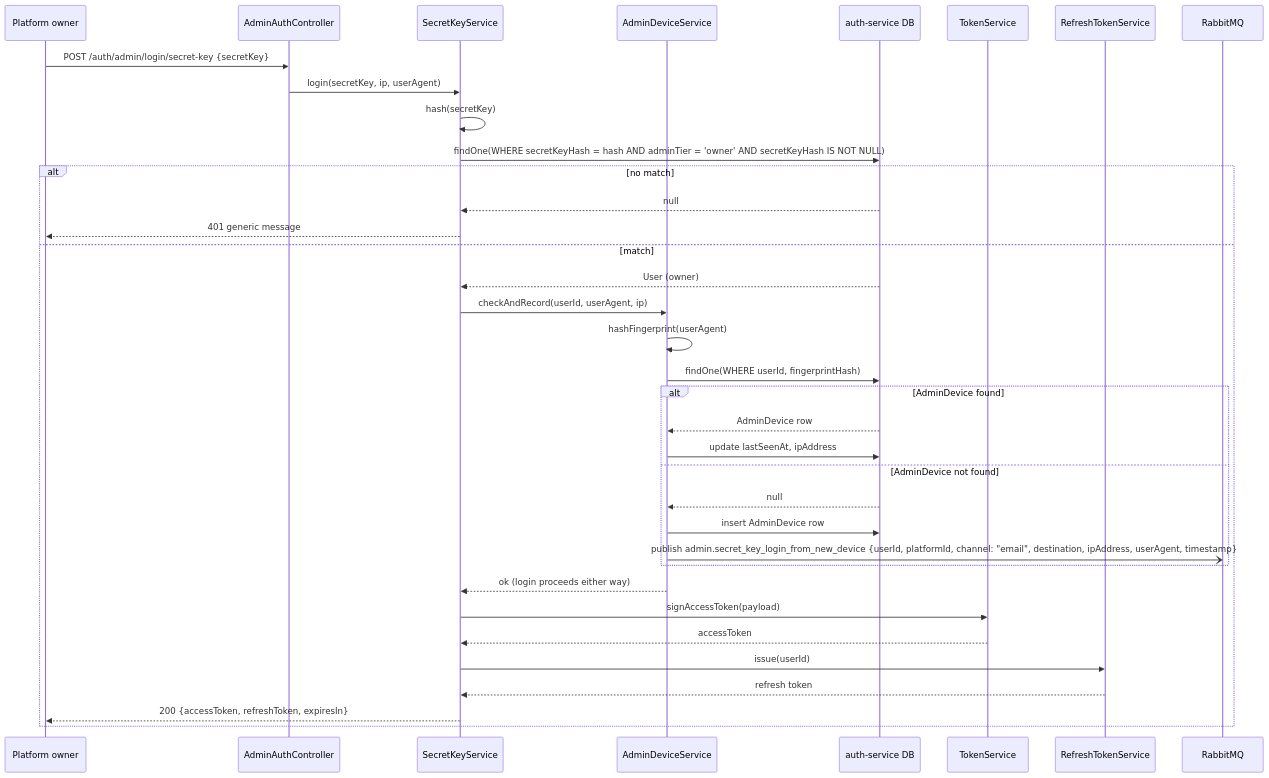
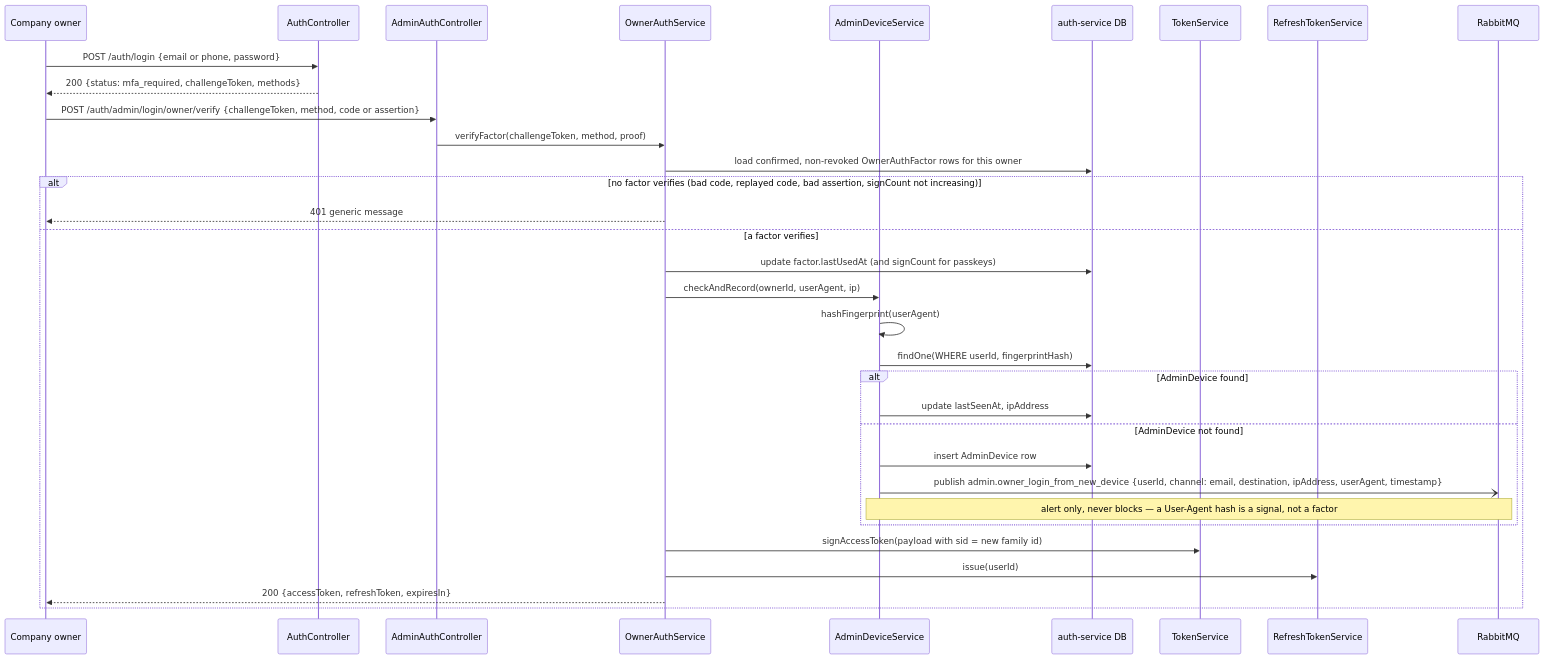
Before and after one commit to nawara-solutions/nawara-core: diagram 12 of 24 in docs/sdd/auth-service.md, drawn with Mermaid. The commit also changed other lines of this file and 104 other files, not shown here.

First line of the commit message:
feat(auth-service): implement owner MFA, step-up, recovery and operator sessions

````diff
--- a/docs/sdd/auth-service.md
+++ b/docs/sdd/auth-service.md
@@ -1332,39 +2566,36 @@
 ```mermaid
 sequenceDiagram
-    participant Owner as Platform owner
+    participant Owner as Company owner
+    participant AC as AuthController
     participant AAC as AdminAuthController
-    participant SKS as SecretKeyService
+    participant OAS as OwnerAuthService
     participant ADS as AdminDeviceService
     participant DB as auth-service DB
     participant TS as TokenService
     participant RTS as RefreshTokenService
     participant Broker as RabbitMQ
 
-    Owner->>AAC: POST /auth/admin/login/secret-key {secretKey}
-    AAC->>SKS: login(secretKey, ip, userAgent)
-    SKS->>SKS: hash(secretKey)
-    SKS->>DB: findOne(WHERE secretKeyHash = hash AND adminTier = 'owner' AND secretKeyHash IS NOT NULL)
-    alt no match
-        DB-->>SKS: null
-        SKS-->>Owner: 401 generic message
-    else match
-        DB-->>SKS: User (owner)
-        SKS->>ADS: checkAndRecord(userId, userAgent, ip)
+    Owner->>AC: POST /auth/login {email or phone, password}
+    AC-->>Owner: 200 {status: mfa_required, challengeToken, methods}
+    Owner->>AAC: POST /auth/admin/login/owner/verify {challengeToken, method, code or assertion}
+    AAC->>OAS: verifyFactor(challengeToken, method, proof)
+    OAS->>DB: load confirmed, non-revoked OwnerAuthFactor rows for this owner
+    alt no factor verifies (bad code, replayed code, bad assertion, signCount not increasing)
+        OAS-->>Owner: 401 generic message
+    else a factor verifies
+        OAS->>DB: update factor.lastUsedAt (and signCount for passkeys)
+        OAS->>ADS: checkAndRecord(ownerId, userAgent, ip)
         ADS->>ADS: hashFingerprint(userAgent)
         ADS->>DB: findOne(WHERE userId, fingerprintHash)
         alt AdminDevice found
-            DB-->>ADS: AdminDevice row
             ADS->>DB: update lastSeenAt, ipAddress
         else AdminDevice not found
-            DB-->>ADS: null
             ADS->>DB: insert AdminDevice row
-            ADS-)Broker: publish admin.secret_key_login_from_new_device {userId, platformId, channel: "email", destination, ipAddress, userAgent, timestamp}
+            ADS-)Broker: publish admin.owner_login_from_new_device {userId, channel: email, destination, ipAddress, userAgent, timestamp}
+            Note over ADS,Broker: alert only, never blocks — a User-Agent hash is a signal, not a factor
         end
-        ADS-->>SKS: ok (login proceeds either way)
-        SKS->>TS: signAccessToken(payload)
-        TS-->>SKS: accessToken
-        SKS->>RTS: issue(userId)
-        RTS-->>SKS: refresh token
-        SKS-->>Owner: 200 {accessToken, refreshToken, expiresIn}
+        OAS->>TS: signAccessToken(payload with sid = new family id)
+        OAS->>RTS: issue(userId)
+        OAS-->>Owner: 200 {accessToken, refreshToken, expiresIn}
     end
 ```
````
